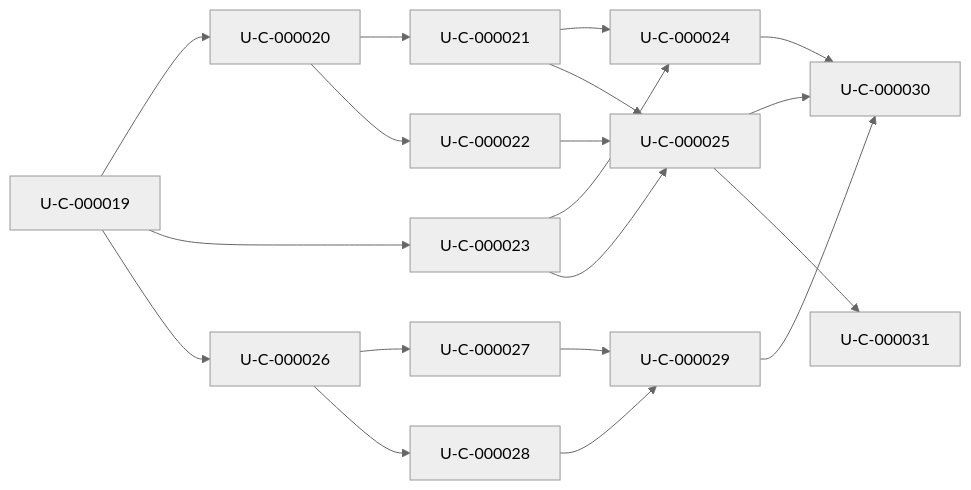
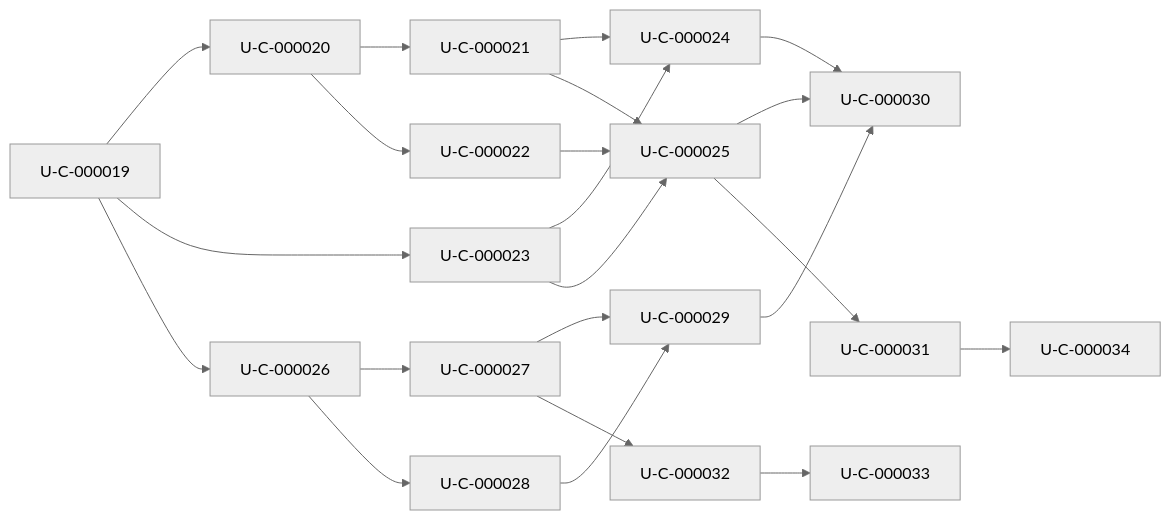
One commit to BergStefanBerlin/SegelPhysik-Core changed the diagram in Umsetzungsplaene/Umsetzungsplan_C-0.2.md. Above: the diagram before and after it, drawn with Mermaid (neutral theme). The commit also changed other lines of this file and 99 other files, not shown here.

````diff
--- a/Umsetzungsplaene/Umsetzungsplan_C-0.2.md
+++ b/Umsetzungsplaene/Umsetzungsplan_C-0.2.md
@@ -252,15 +332,16 @@
 ```mermaid
 flowchart LR
     U19[U-C-000019] --> U20[U-C-000020] --> U21[U-C-000021] --> U24[U-C-000024]
     U20 --> U22[U-C-000022]
     U19 --> U23[U-C-000023] --> U24
     U21 --> U25[U-C-000025]
     U22 --> U25
     U23 --> U25
     U19 --> U26[U-C-000026] --> U27[U-C-000027] --> U29[U-C-000029]
     U26 --> U28[U-C-000028] --> U29
     U24 --> U30[U-C-000030]
     U25 --> U30
     U29 --> U30
-    U25 --> U31[U-C-000031]
+    U25 --> U31[U-C-000031] --> U34[U-C-000034]
+    U27 --> U32[U-C-000032] --> U33[U-C-000033]
 ```
````
